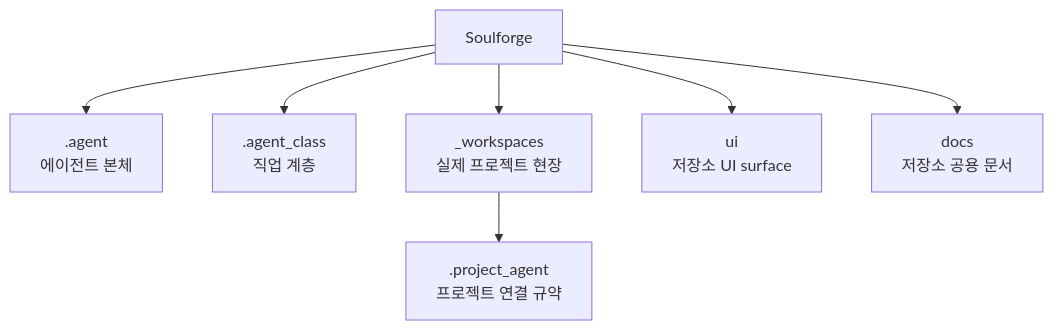
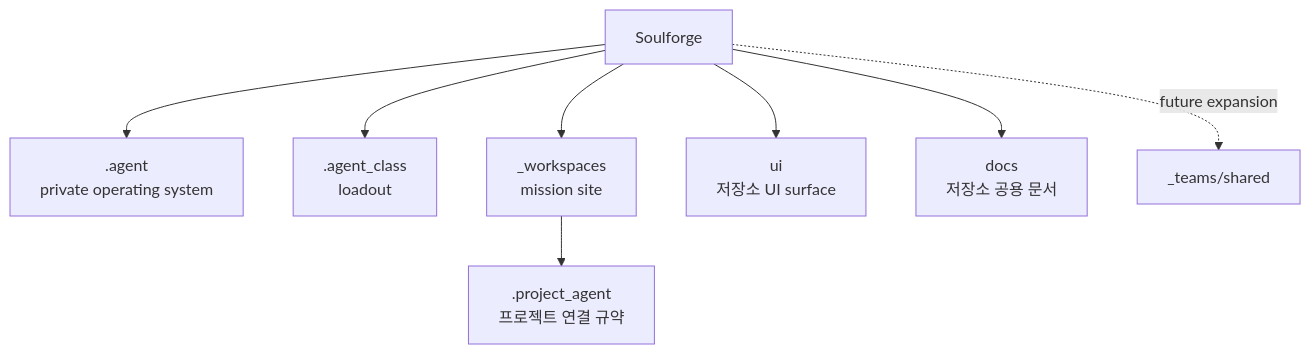
Before and after one commit to SungYongMOON/soulforge: the diagram in README.md, drawn with Mermaid. The commit also changed other lines of this file and 22 other files, not shown here.

````diff
--- a/README.md
+++ b/README.md
@@ -20,9 +30,10 @@
 ```mermaid
 flowchart TD
-  S["Soulforge"] --> B[".agent<br/>에이전트 본체"]
-  S --> C[".agent_class<br/>직업 계층"]
-  S --> W["_workspaces<br/>실제 프로젝트 현장"]
+  S["Soulforge"] --> B[".agent<br/>private operating system"]
+  S --> C[".agent_class<br/>loadout"]
+  S --> W["_workspaces<br/>mission site"]
   S --> U["ui<br/>저장소 UI surface"]
   S --> D["docs<br/>저장소 공용 문서"]
   W --> P[".project_agent<br/>프로젝트 연결 규약"]
+  S -. "future expansion" .-> T["_teams/shared"]
 ```
````
